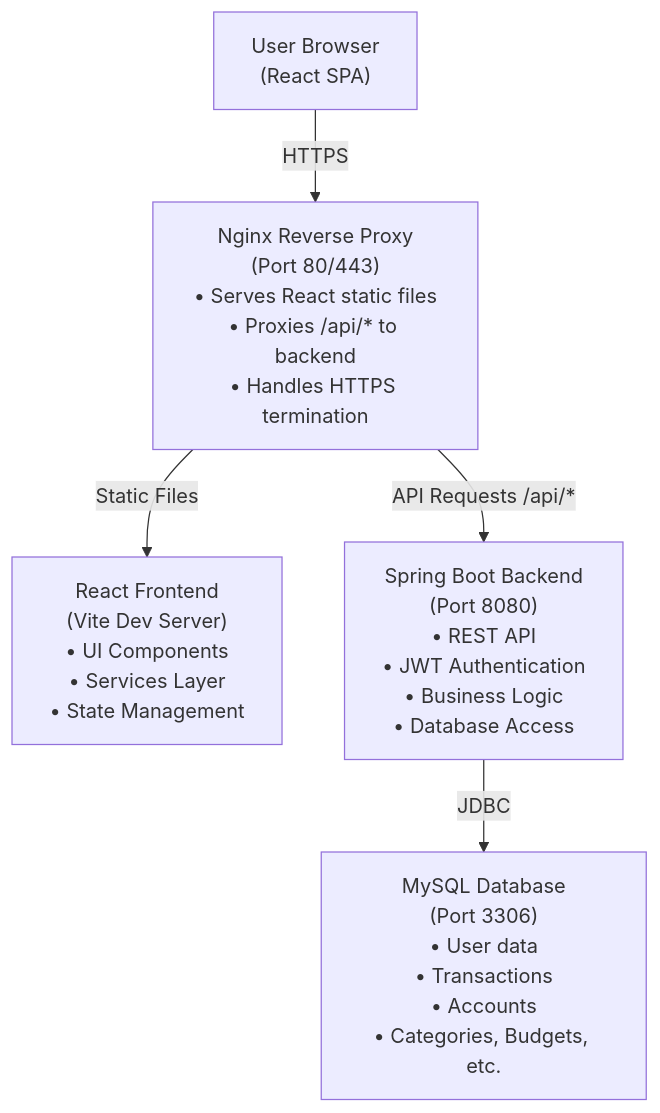
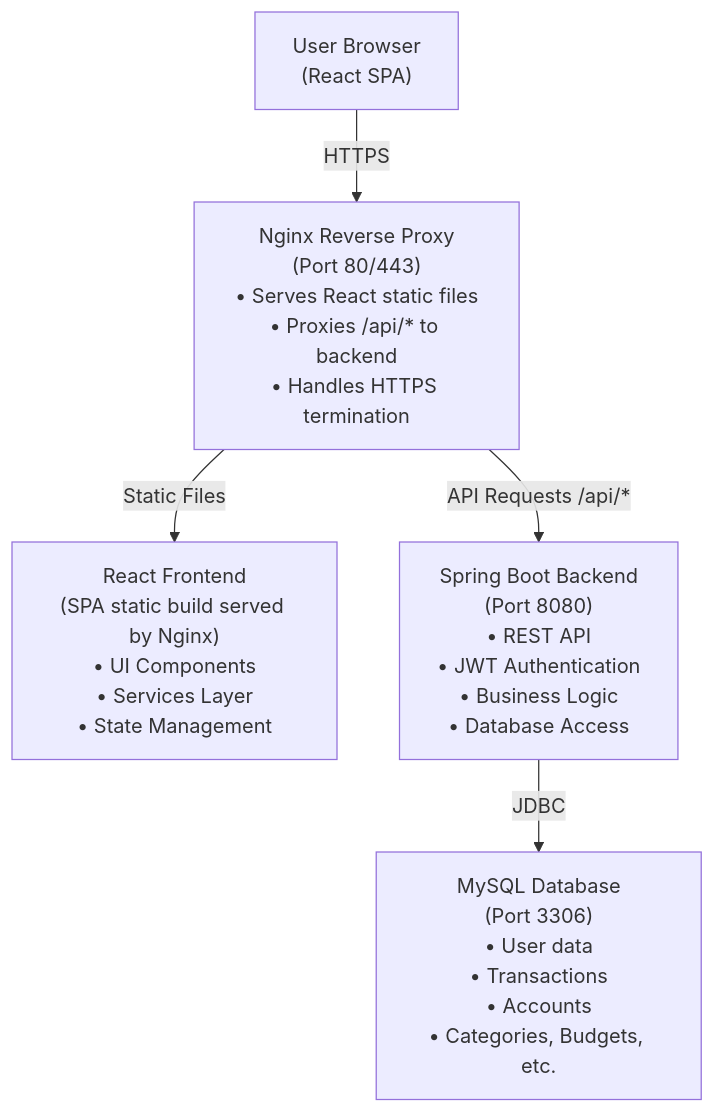
The first of 6 diagrams in docs/architecture/ARCHITECTURE.md (kattelsameer/finance-tracker), drawn with Mermaid before and after one commit.

Commit message:
Potential fix for pull request finding

````diff
--- a/docs/architecture/ARCHITECTURE.md
+++ b/docs/architecture/ARCHITECTURE.md
@@ -94,13 +94,13 @@
 ```mermaid
 graph TD
     Browser["User Browser<br/>(React SPA)"]
     Nginx["Nginx Reverse Proxy<br/>(Port 80/443)<br/>• Serves React static files<br/>• Proxies /api/* to backend<br/>• Handles HTTPS termination"]
-    Frontend["React Frontend<br/>(Vite Dev Server)<br/>• UI Components<br/>• Services Layer<br/>• State Management"]
+    Frontend["React Frontend<br/>(SPA static build served by Nginx)<br/>• UI Components<br/>• Services Layer<br/>• State Management"]
     Backend["Spring Boot Backend<br/>(Port 8080)<br/>• REST API<br/>• JWT Authentication<br/>• Business Logic<br/>• Database Access"]
     DB["MySQL Database<br/>(Port 3306)<br/>• User data<br/>• Transactions<br/>• Accounts<br/>• Categories, Budgets, etc."]
 
     Browser -->|HTTPS| Nginx
     Nginx -->|Static Files| Frontend
     Nginx -->|API Requests /api/*| Backend
     Backend -->|JDBC| DB
 ```
````
